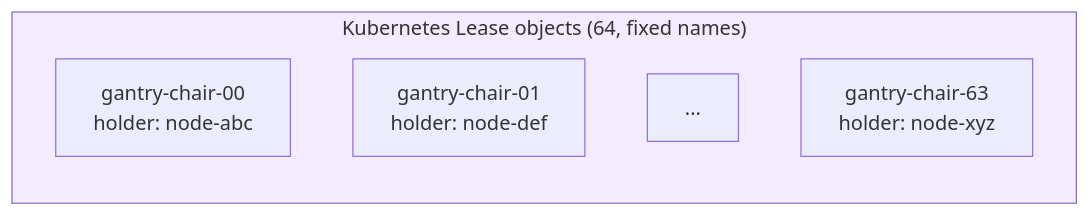
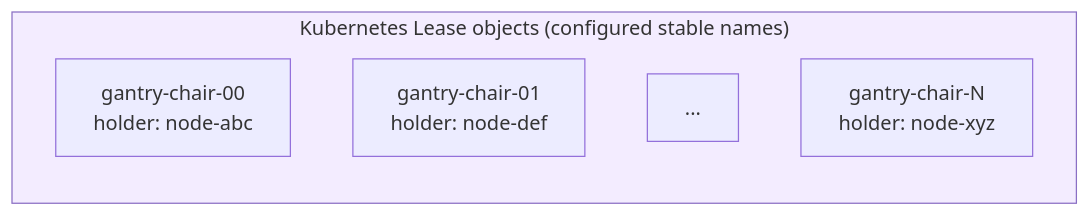
Before and after one commit to Azure/unbounded: the second of 9 diagrams in designs/gantry-cold-pull-explained.md, drawn with Mermaid. The commit also changed other lines of this file and 34 other files, not shown here.

First line of the commit message:
gantry: make chair and seed counts configurable

````diff
--- a/designs/gantry-cold-pull-explained.md
+++ b/designs/gantry-cold-pull-explained.md
@@ -80,12 +80,12 @@
 ```mermaid
 flowchart LR
-    subgraph leases["Kubernetes Lease objects (64, fixed names)"]
+    subgraph leases["Kubernetes Lease objects (configured stable names)"]
         direction TB
         L0["gantry-chair-00<br/>holder: node-abc"]
         L1["gantry-chair-01<br/>holder: node-def"]
         L2["...<br/>"]
-        L63["gantry-chair-63<br/>holder: node-xyz"]
+        LN["gantry-chair-N<br/>holder: node-xyz"]
     end
 
     style leases fill:#f3ecff,stroke:#8a6fc4
 ```
````
